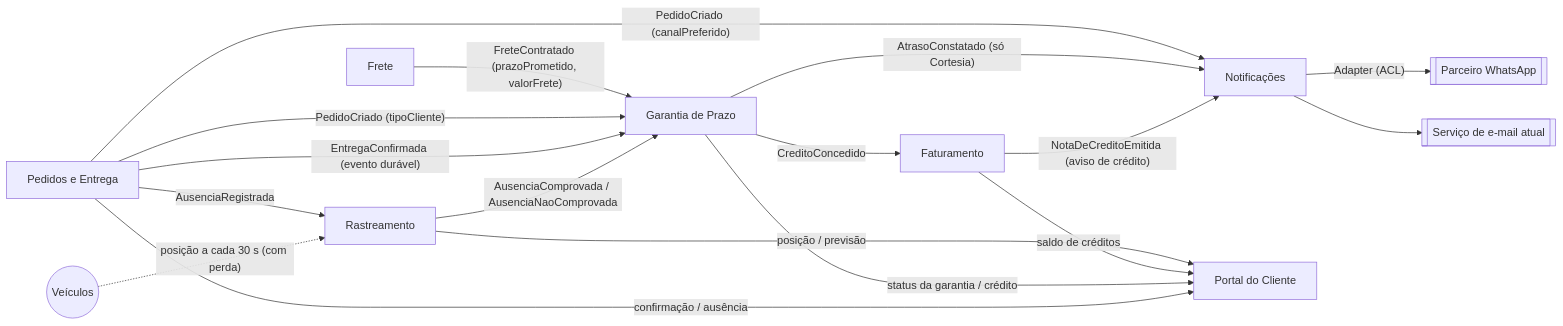
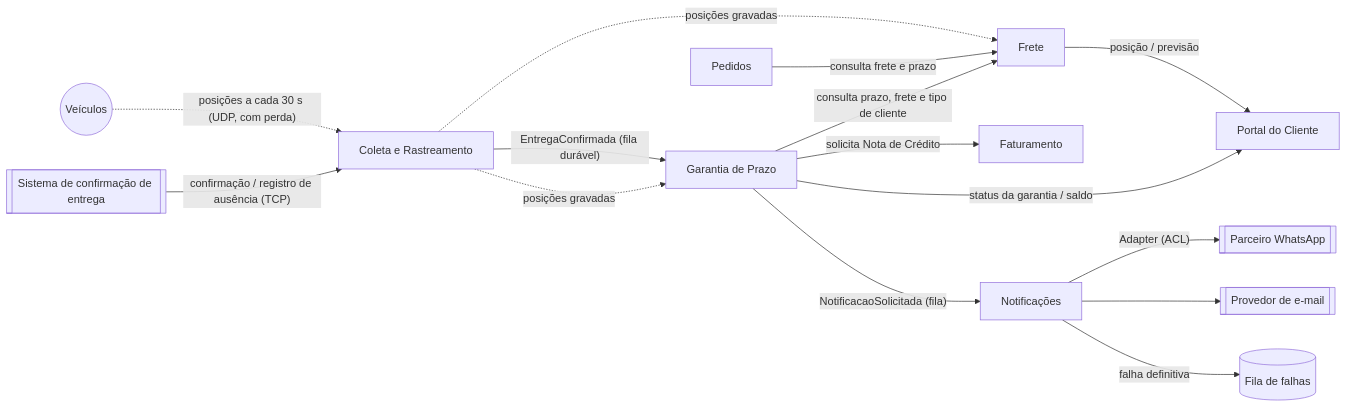
Before and after one commit to filipideoliveira/mwe-2026-2-cp3-logitech: the diagram in docs/01-dominio.md, drawn with Mermaid. The commit also changed other lines of this file, not shown here.

First line of the commit message:
docs: alinha modelagem do dominio com a arquitetura

````diff
--- a/docs/01-dominio.md
+++ b/docs/01-dominio.md
@@ -34,19 +36,17 @@
 ```mermaid
 flowchart LR
-    FR[Frete] -- "FreteContratado (prazoPrometido, valorFrete)" --> GP[Garantia de Prazo]
-    PE[Pedidos e Entrega] -- "PedidoCriado (tipoCliente)" --> GP
-    PE -- "EntregaConfirmada (evento durável)" --> GP
-    PE -- "AusenciaRegistrada" --> RA[Rastreamento]
-    PE -- "PedidoCriado (canalPreferido)" --> NO[Notificações]
-    VE((Veículos)) -. "posição a cada 30 s (com perda)" .-> RA
-    RA -- "AusenciaComprovada / AusenciaNaoComprovada" --> GP
-    GP -- "CreditoConcedido" --> FA[Faturamento]
-    GP -- "AtrasoConstatado (só Cortesia)" --> NO
-    FA -- "NotaDeCreditoEmitida (aviso de crédito)" --> NO
+    VE((Veículos)) -. "posições a cada 30 s (UDP, com perda)" .-> CO[Coleta e Rastreamento]
+    AE[[Sistema de confirmação de entrega]] -- "confirmação / registro de ausência (TCP)" --> CO
+    CO -- "EntregaConfirmada (fila durável)" --> GP[Garantia de Prazo]
+    CO -. "posições gravadas" .-> GP
+    CO -. "posições gravadas" .-> FR[Frete]
+    PE[Pedidos] -- "consulta frete e prazo" --> FR
+    GP -- "consulta prazo, frete e tipo de cliente" --> FR
+    GP -- "solicita Nota de Crédito" --> FA[Faturamento]
+    GP -- "NotificacaoSolicitada (fila)" --> NO[Notificações]
     NO -- "Adapter (ACL)" --> WA[[Parceiro WhatsApp]]
-    NO --> EM[[Serviço de e-mail atual]]
-    RA -- "posição / previsão" --> PO[Portal do Cliente]
-    FA -- "saldo de créditos" --> PO
-    GP -- "status da garantia / crédito" --> PO
-    PE -- "confirmação / ausência" --> PO
+    NO --> EM[[Provedor de e-mail]]
+    NO -- "falha definitiva" --> DLQ[(Fila de falhas)]
+    FR -- "posição / previsão" --> PO[Portal do Cliente]
+    GP -- "status da garantia / saldo" --> PO
 ```
````
